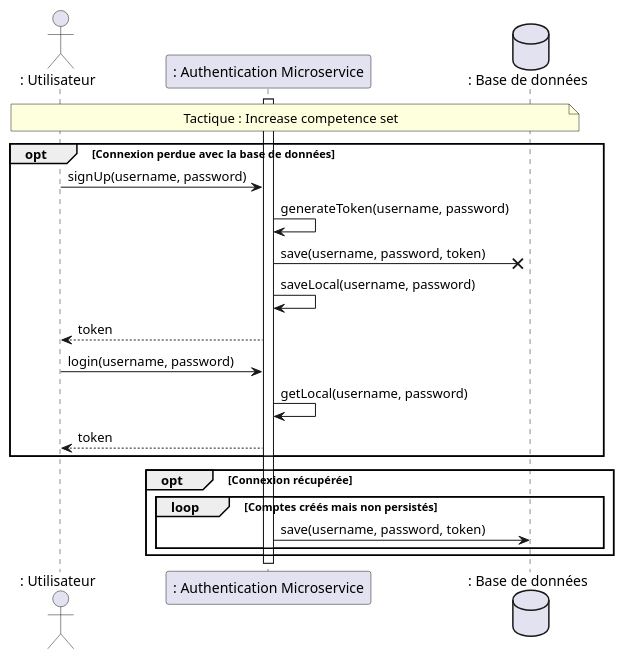
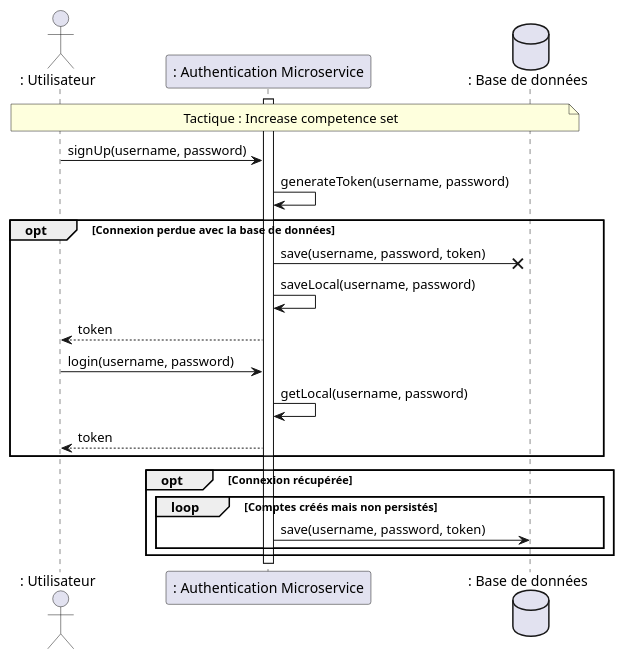
Before and after one commit to LOG430-MicroServices/LOG430-STM: the diagram in doc/plantuml/auth/Disponibility-PreventFaults.plantuml, drawn with PlantUML. The commit also changed 2 other files, not shown here.

```diff
--- a/doc/plantuml/auth/Disponibility-PreventFaults.plantuml
+++ b/doc/plantuml/auth/Disponibility-PreventFaults.plantuml
@@ -1,26 +1,26 @@
 @startuml RDTQ Disponbilité : Prévention de fautes
 
 actor ": Utilisateur" as user
 participant ": Authentication Microservice" as auth
 database ": Base de données" as db
 
 note over user, db : Tactique : Increase competence set
 activate auth
+user -> auth : signUp(username, password)
+auth -> auth : generateToken(username, password)
 opt Connexion perdue avec la base de données
-  user -> auth : signUp(username, password)
-  auth -> auth : generateToken(username, password)
   auth -x db : save(username, password, token)
   auth -> auth : saveLocal(username, password)
   auth --> user : token
   user -> auth : login(username, password)
   auth -> auth : getLocal(username, password)
   auth --> user : token
 end
 opt Connexion récupérée
   loop Comptes créés mais non persistés
     auth -> db : save(username, password, token)
   end
 end
 
 
 @enduml
```
